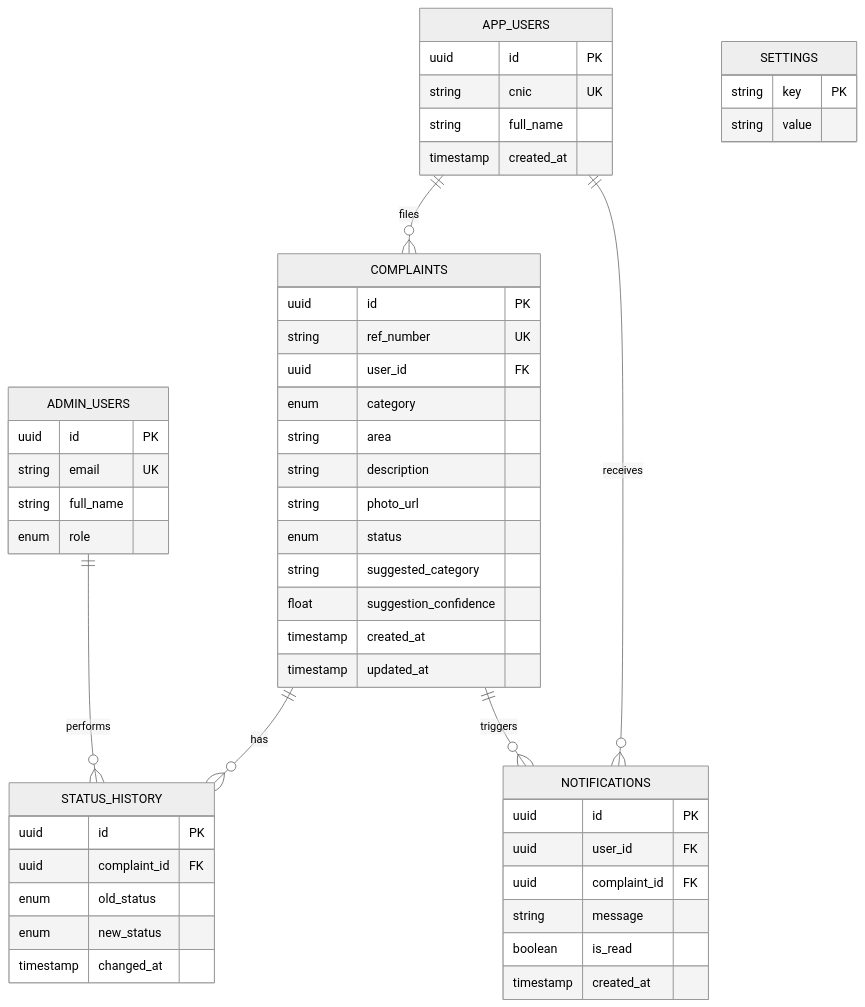
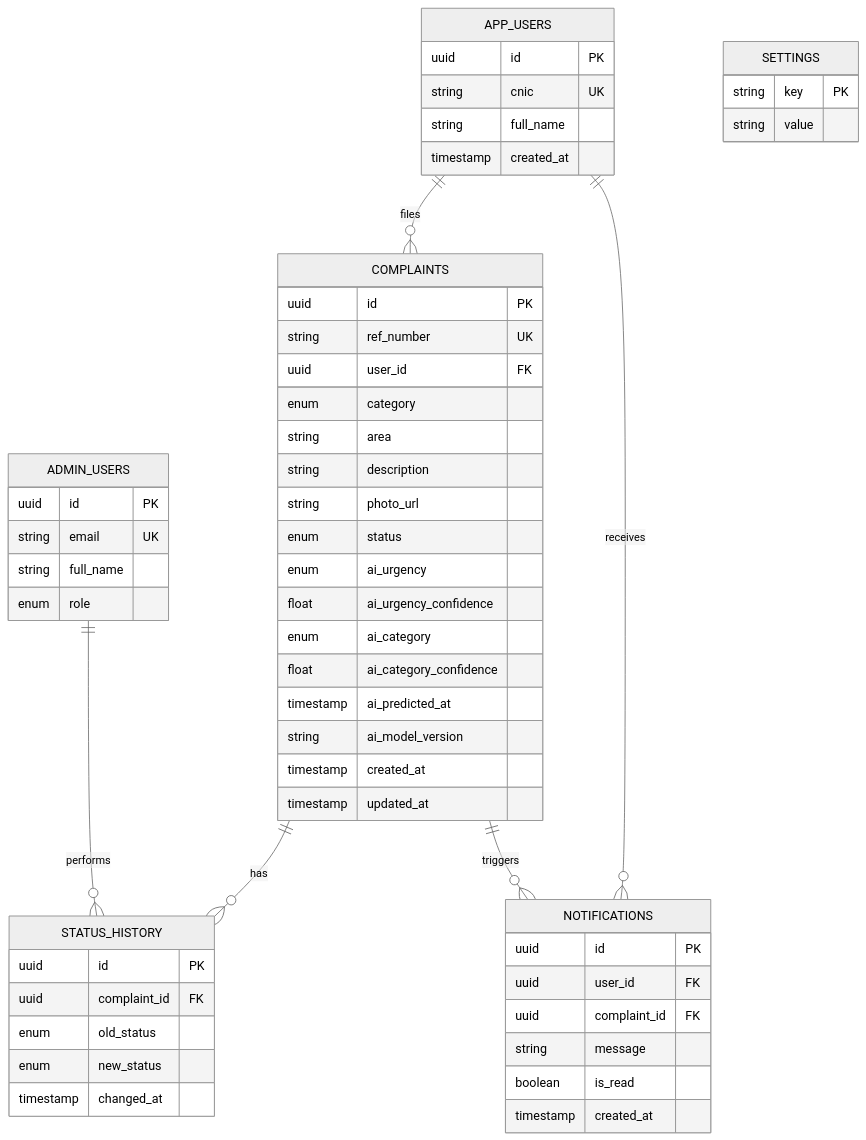
One commit to shehrilink/ShehriLink changed the eighth of 12 diagrams in docs/ShehriLink-Documentation.md. Above: the diagram before and after it, drawn with Mermaid (neutral theme). The commit also changed other lines of this file and 3 other files, not shown here.

````diff
--- a/docs/ShehriLink-Documentation.md
+++ b/docs/ShehriLink-Documentation.md
@@ -582,54 +640,58 @@
 ```mermaid
 erDiagram
     APP_USERS ||--o{ COMPLAINTS : files
     APP_USERS ||--o{ NOTIFICATIONS : receives
     COMPLAINTS ||--o{ STATUS_HISTORY : has
     COMPLAINTS ||--o{ NOTIFICATIONS : triggers
     ADMIN_USERS ||--o{ STATUS_HISTORY : performs
 
     APP_USERS {
         uuid id PK
         string cnic UK
         string full_name
         timestamp created_at
     }
     COMPLAINTS {
         uuid id PK
         string ref_number UK
         uuid user_id FK
         enum category
         string area
         string description
         string photo_url
         enum status
-        string suggested_category
-        float suggestion_confidence
+        enum ai_urgency
+        float ai_urgency_confidence
+        enum ai_category
+        float ai_category_confidence
+        timestamp ai_predicted_at
+        string ai_model_version
         timestamp created_at
         timestamp updated_at
     }
     STATUS_HISTORY {
         uuid id PK
         uuid complaint_id FK
         enum old_status
         enum new_status
         timestamp changed_at
     }
     NOTIFICATIONS {
         uuid id PK
         uuid user_id FK
         uuid complaint_id FK
         string message
         boolean is_read
         timestamp created_at
     }
     ADMIN_USERS {
         uuid id PK
         string email UK
         string full_name
         enum role
     }
     SETTINGS {
         string key PK
         string value
     }
 ```
````
